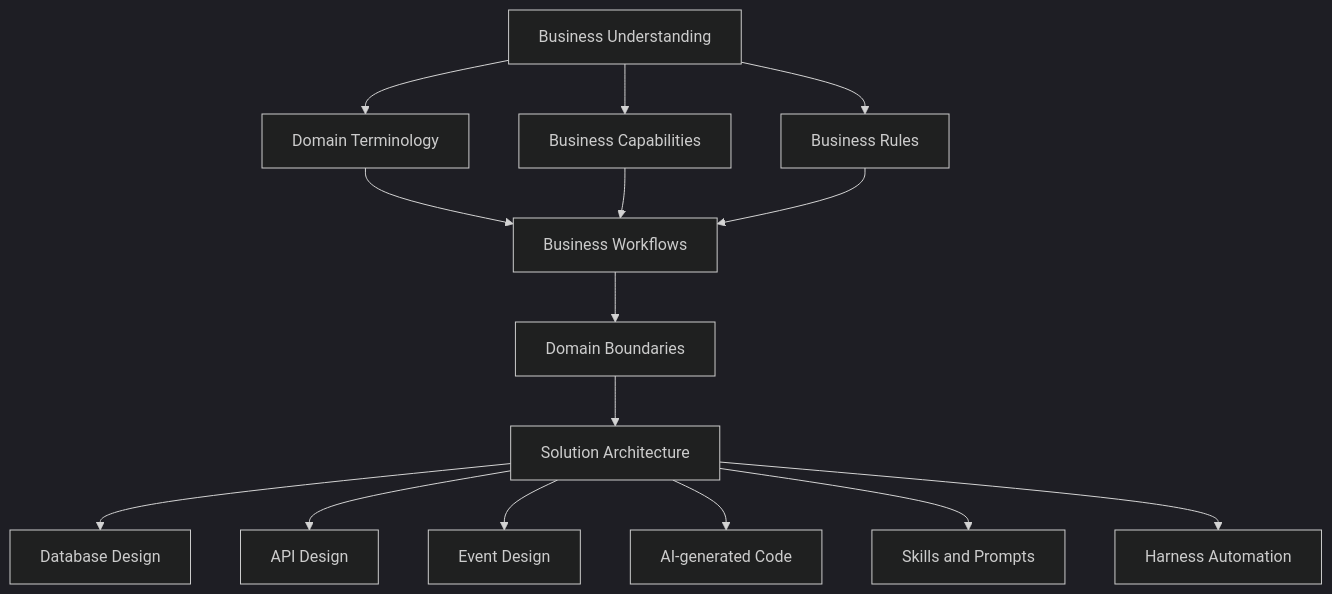
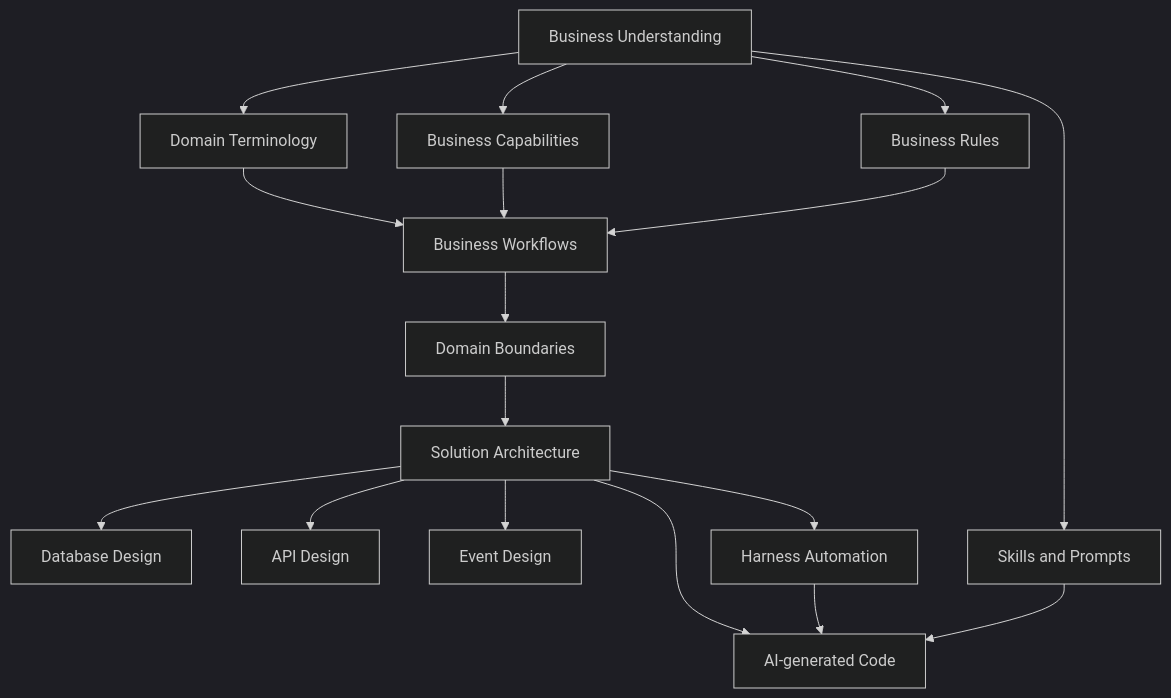
Before and after one commit to sheikh-zeeshan/Enterprise-AI-Engineering-Handbook: diagram 12 of 13 in book/46-business-domain.md, drawn with Mermaid (dark theme). The commit also changed other lines of this file and 3 other files, not shown here.

````diff
--- a/book/46-business-domain.md
+++ b/book/46-business-domain.md
@@ -2841,36 +2875,38 @@
 ```mermaid
 flowchart TD
     BU[Business Understanding]
     DT[Domain Terminology]
     BC[Business Capabilities]
     BR[Business Rules]
     WF[Business Workflows]
     DB[Domain Boundaries]
 
     SA[Solution Architecture]
     DD[Database Design]
     API[API Design]
     ED[Event Design]
     AI[AI-generated Code]
     SP[Skills and Prompts]
     HA[Harness Automation]
 
     BU --> DT
     BU --> BC
     BU --> BR
 
     DT --> WF
     BC --> WF
     BR --> WF
 
     WF --> DB
 
     DB --> SA
 
     SA --> DD
     SA --> API
     SA --> ED
     SA --> AI
-    SA --> SP
+    BU --> SP
+    SP --> AI
     SA --> HA
+    HA --> AI
 ```
````
